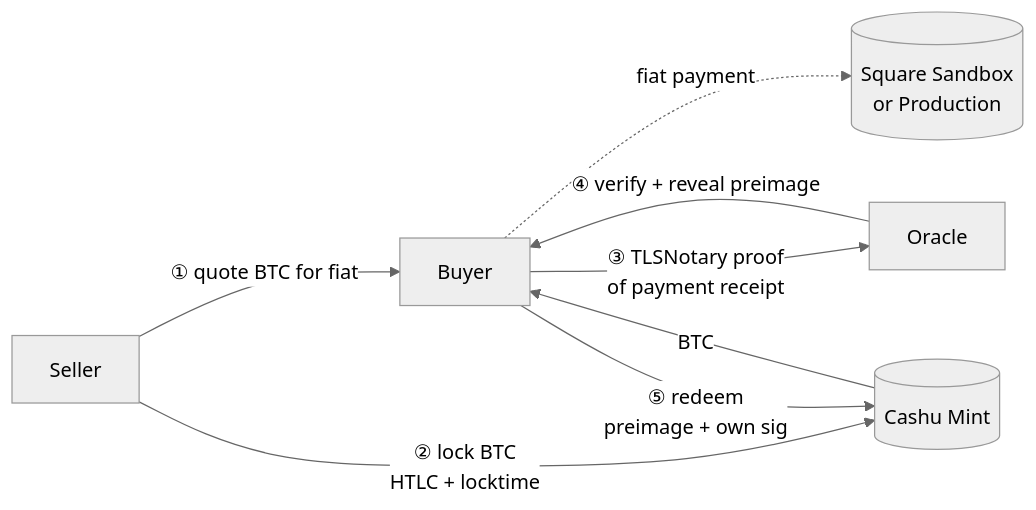
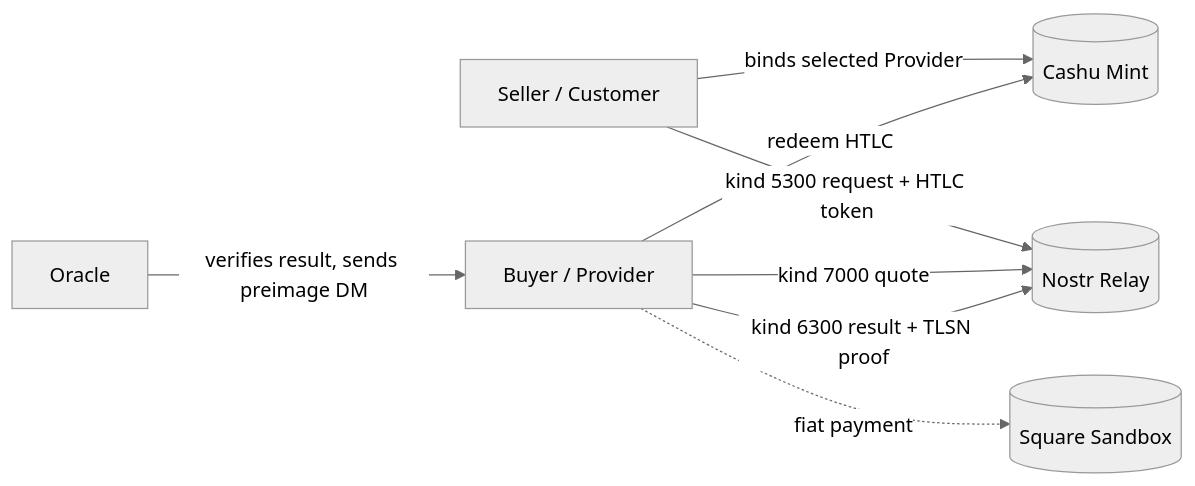
Before and after one commit to motxx/anchr: the diagram in example/tlsn-fiat-swap-square/README.md, drawn with Mermaid (neutral theme). The commit also changed other lines of this file and 9 other files, not shown here.

Commit message:
feat(watari): use customer provider primitives

````diff
--- a/example/tlsn-fiat-swap-square/README.md
+++ b/example/tlsn-fiat-swap-square/README.md
@@ -25,10 +24,10 @@
 ```mermaid
 flowchart LR
-  Seller -->|① quote BTC for fiat| Buyer
-  Seller -->|② lock BTC<br/>HTLC + locktime| Mint[(Cashu Mint)]
-  Buyer -.fiat payment.-> Square[(Square Sandbox<br/>or Production)]
-  Buyer -->|③ TLSNotary proof<br/>of payment receipt| Oracle
-  Oracle -->|④ verify + reveal preimage| Buyer
-  Buyer -->|⑤ redeem<br/>preimage + own sig| Mint
-  Mint -->|BTC| Buyer
+  Seller[Seller / Customer] -->|kind 5300 request + HTLC token| Relay[(Nostr Relay)]
+  Buyer[Buyer / Provider] -->|kind 7000 quote| Relay
+  Seller -->|binds selected Provider| Mint[(Cashu Mint)]
+  Buyer -.fiat payment.-> Square[(Square Sandbox)]
+  Buyer -->|kind 6300 result + TLSN proof| Relay
+  Oracle -->|verifies result, sends preimage DM| Buyer
+  Buyer -->|redeem HTLC| Mint
 ```
````
